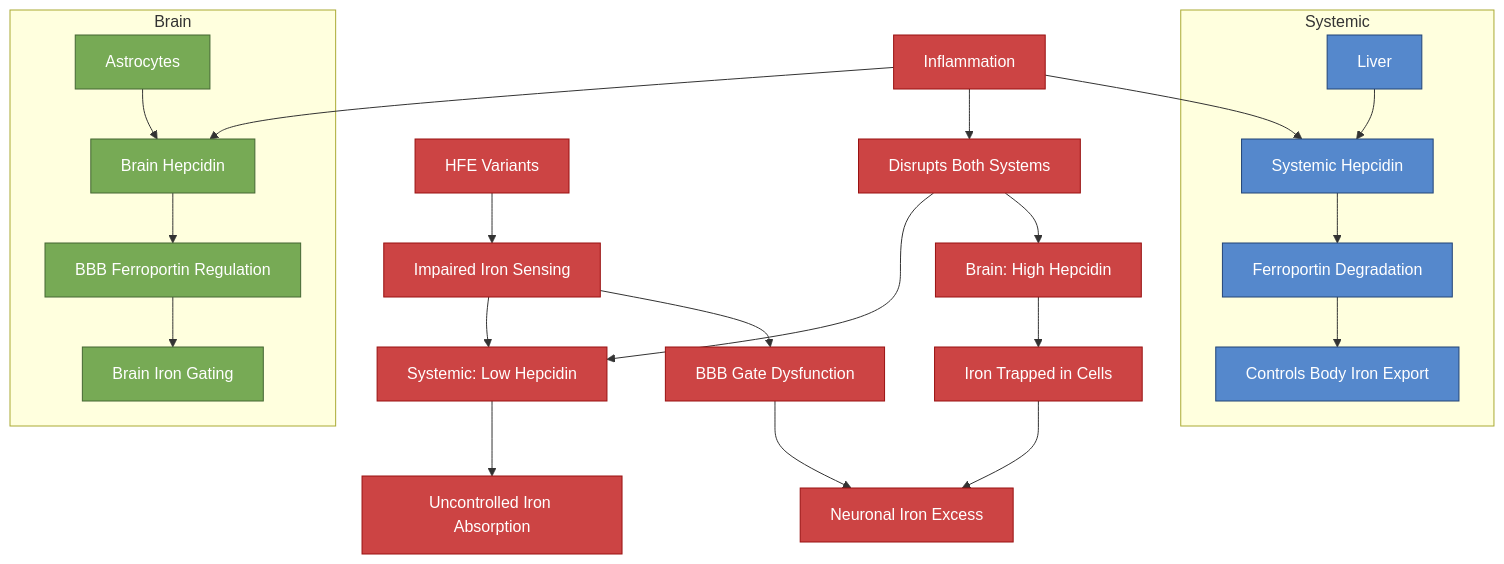
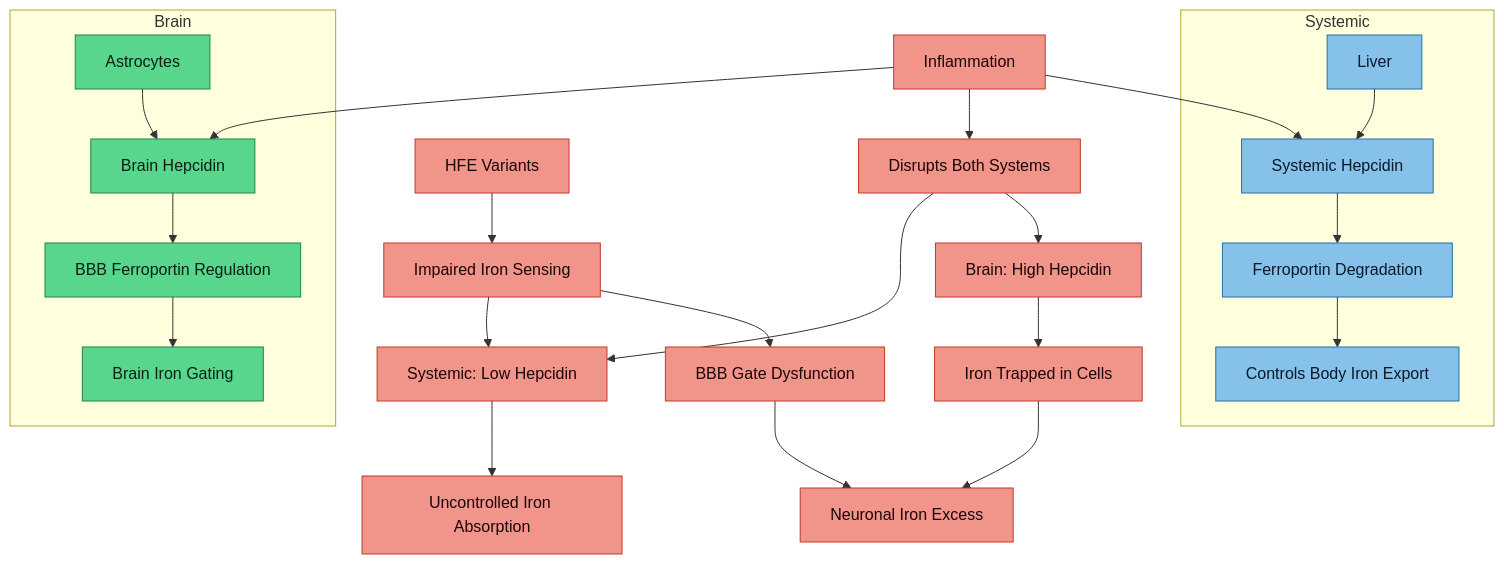
Before and after one commit to Aegis-commits/ag-hfe-adhd-asd-research: the diagram in research/Hepcidin and Brain Iron Regulation.md, drawn with Mermaid. The commit also changed 39 other files, not shown here.

First line of the commit message:
docs(vault): standardise diagram colours for light-mode readability, add MOC quick nav

````diff
--- a/research/Hepcidin and Brain Iron Regulation.md
+++ b/research/Hepcidin and Brain Iron Regulation.md
@@ -30,38 +30,38 @@
 ```mermaid
 flowchart TD
     subgraph Systemic
         A["Liver"] --> B["Systemic Hepcidin"]
         B --> C["Ferroportin Degradation"]
         C --> D["Controls Body Iron Export"]
     end
 
     subgraph Brain
         E["Astrocytes"] --> F["Brain Hepcidin"]
         F --> G["BBB Ferroportin Regulation"]
         G --> H["Brain Iron Gating"]
     end
 
     I["Inflammation"] --> B
     I --> F
     I --> J["Disrupts Both Systems"]
 
     J --> K["Systemic: Low Hepcidin"]
     K --> L["Uncontrolled Iron Absorption"]
     J --> M["Brain: High Hepcidin"]
     M --> N["Iron Trapped in Cells"]
     N --> O["Neuronal Iron Excess"]
 
     P["HFE Variants"] --> Q["Impaired Iron Sensing"]
     Q --> K
     Q --> R["BBB Gate Dysfunction"]
     R --> O
 
-    classDef systemic fill:#58c,color:#fff,stroke:#247
-    classDef brain fill:#7a5,color:#fff,stroke:#463
-    classDef pathological fill:#c44,color:#fff,stroke:#911
-    classDef neutral fill:#888,color:#fff,stroke:#555
+    classDef systemic fill:#85c1e9,stroke:#2471a3,color:#0a1929
+    classDef brain fill:#58d68d,stroke:#1e8449,color:#0a1f12
+    classDef pathological fill:#f1948a,stroke:#c0392b,color:#1a0505
+    classDef neutral fill:#85c1e9,stroke:#2471a3,color:#0a1929
 
     class A,B,C,D systemic
     class E,F,G,H brain
     class I,J,K,L,M,N,O,P,Q,R pathological
 ```
````
